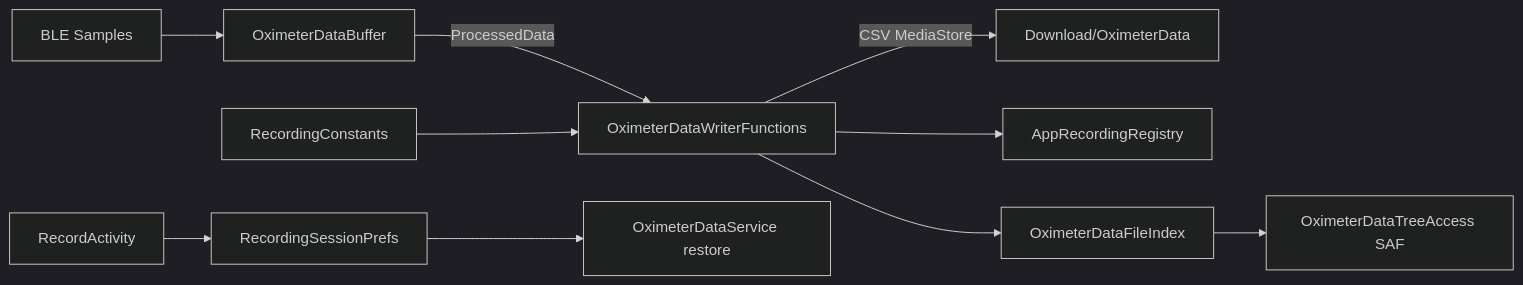
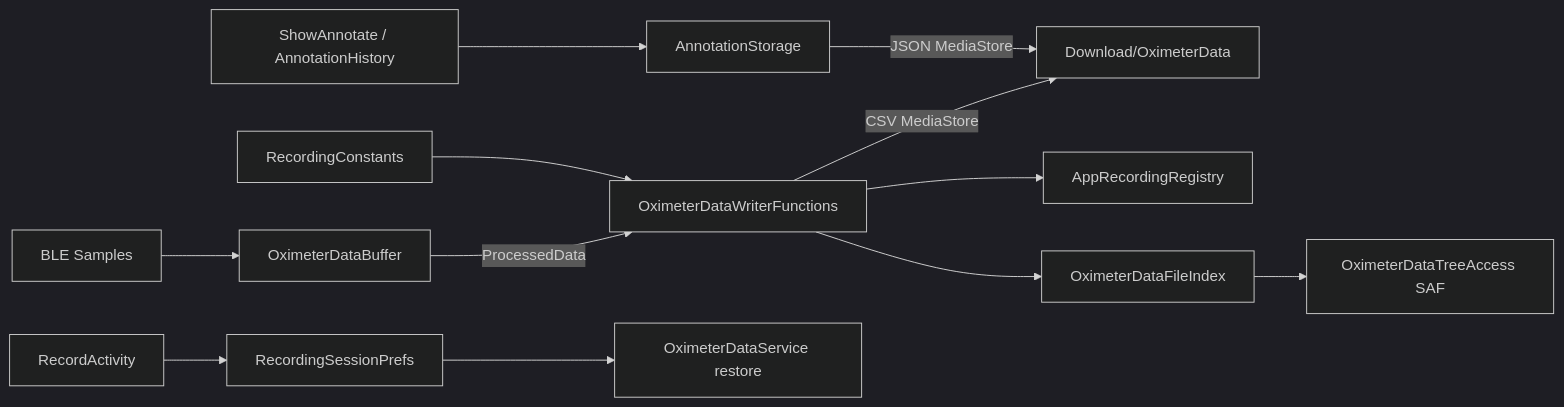
The diagram in docs/en/3-modules/module-data-storage.md (Oucru-Innovations/SmartCare-Capture), drawn with Mermaid (dark theme) before and after one commit. The commit also changed other lines of this file and 36 other files, not shown here.

````diff
--- a/docs/en/3-modules/module-data-storage.md
+++ b/docs/en/3-modules/module-data-storage.md
@@ -80,12 +89,14 @@
 ```mermaid
 flowchart LR
   BLE[BLE Samples] --> Buffer[OximeterDataBuffer]
   Buffer -->|ProcessedData| Writer[OximeterDataWriterFunctions]
   Writer -->|CSV MediaStore| MS[Download/OximeterData]
   Writer --> Registry[AppRecordingRegistry]
   Writer --> Index[OximeterDataFileIndex]
   Index --> Tree[OximeterDataTreeAccess SAF]
+  AnnotUI[ShowAnnotate / AnnotationHistory] --> AnnStore[AnnotationStorage]
+  AnnStore -->|JSON MediaStore| MS
   Activity[RecordActivity] --> Prefs[RecordingSessionPrefs]
   Prefs --> Service[OximeterDataService restore]
   Constants[RecordingConstants] --> Writer
 ```
````
